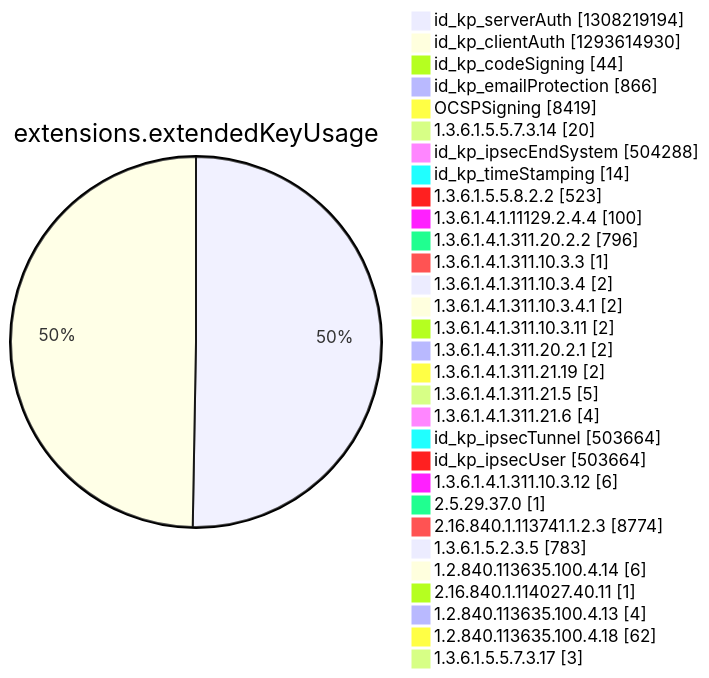
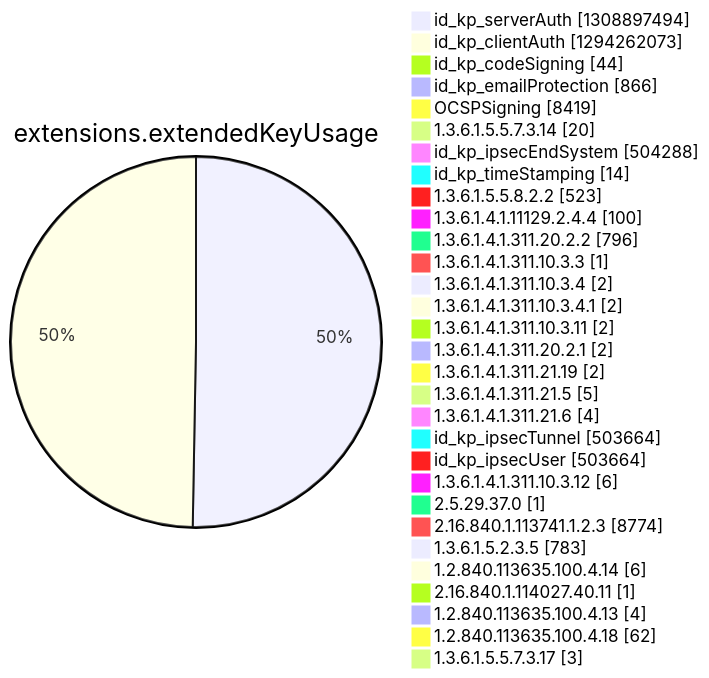
One commit to christiankrug/ctmonitor_visualization changed diagram 12 of 15 in argon2022/README.md. Above: the diagram before and after it, drawn with Mermaid. The commit also changed other lines of this file, not shown here.

````diff
--- a/argon2022/README.md
+++ b/argon2022/README.md
@@ -3552,34 +3552,34 @@
 ```mermaid
 pie showData
 title extensions.extendedKeyUsage
-"id_kp_serverAuth" :1308219194
-"id_kp_clientAuth" :1293614930
+"id_kp_serverAuth" :1308897494
+"id_kp_clientAuth" :1294262073
 "id_kp_codeSigning" :44
 "id_kp_emailProtection" :866
 "OCSPSigning" :8419
 "1.3.6.1.5.5.7.3.14" :20
 "id_kp_ipsecEndSystem" :504288
 "id_kp_timeStamping" :14
 "1.3.6.1.5.5.8.2.2" :523
 "1.3.6.1.4.1.11129.2.4.4" :100
 "1.3.6.1.4.1.311.20.2.2" :796
 "1.3.6.1.4.1.311.10.3.3" :1
 "1.3.6.1.4.1.311.10.3.4" :2
 "1.3.6.1.4.1.311.10.3.4.1" :2
 "1.3.6.1.4.1.311.10.3.11" :2
 "1.3.6.1.4.1.311.20.2.1" :2
 "1.3.6.1.4.1.311.21.19" :2
 "1.3.6.1.4.1.311.21.5" :5
 "1.3.6.1.4.1.311.21.6" :4
 "id_kp_ipsecTunnel" :503664
 "id_kp_ipsecUser" :503664
 "1.3.6.1.4.1.311.10.3.12" :6
 "2.5.29.37.0" :1
 "2.16.840.1.113741.1.2.3" :8774
 "1.3.6.1.5.2.3.5" :783
 "1.2.840.113635.100.4.14" :6
 "2.16.840.1.114027.40.11" :1
 "1.2.840.113635.100.4.13" :4
 "1.2.840.113635.100.4.18" :62
 "1.3.6.1.5.5.7.3.17" :3
 ```
````
